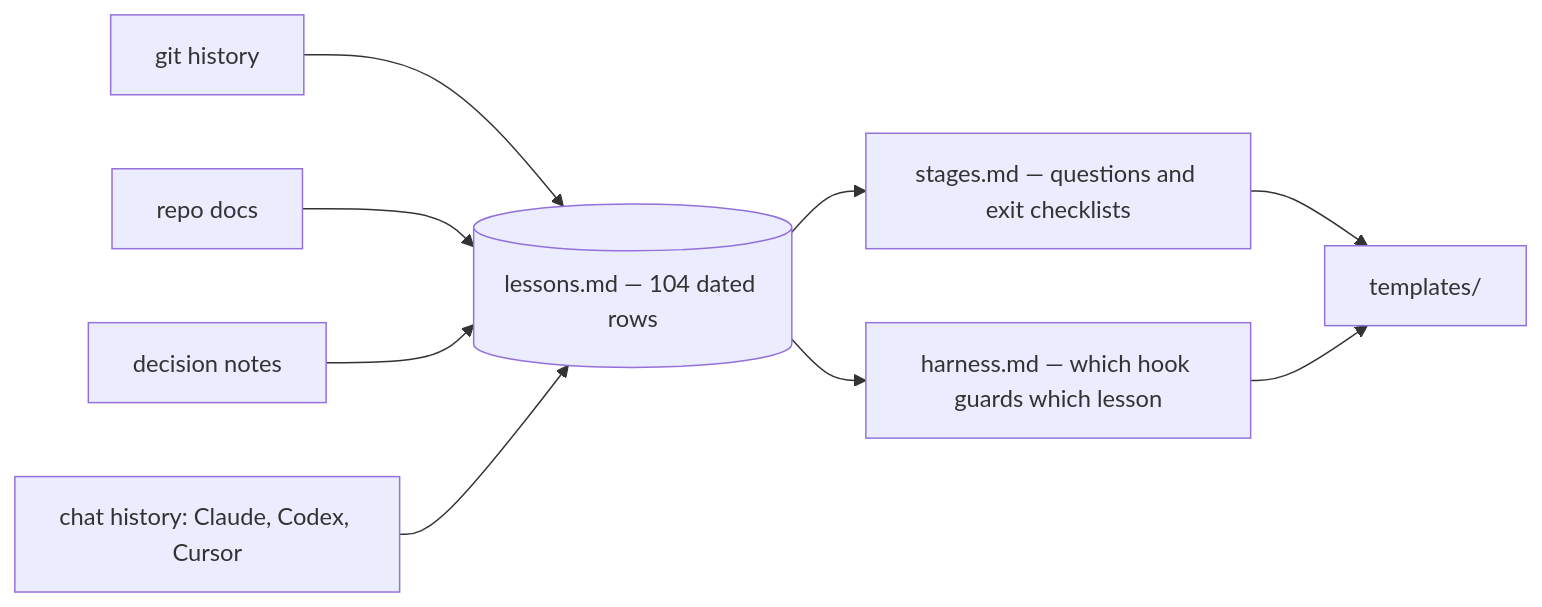
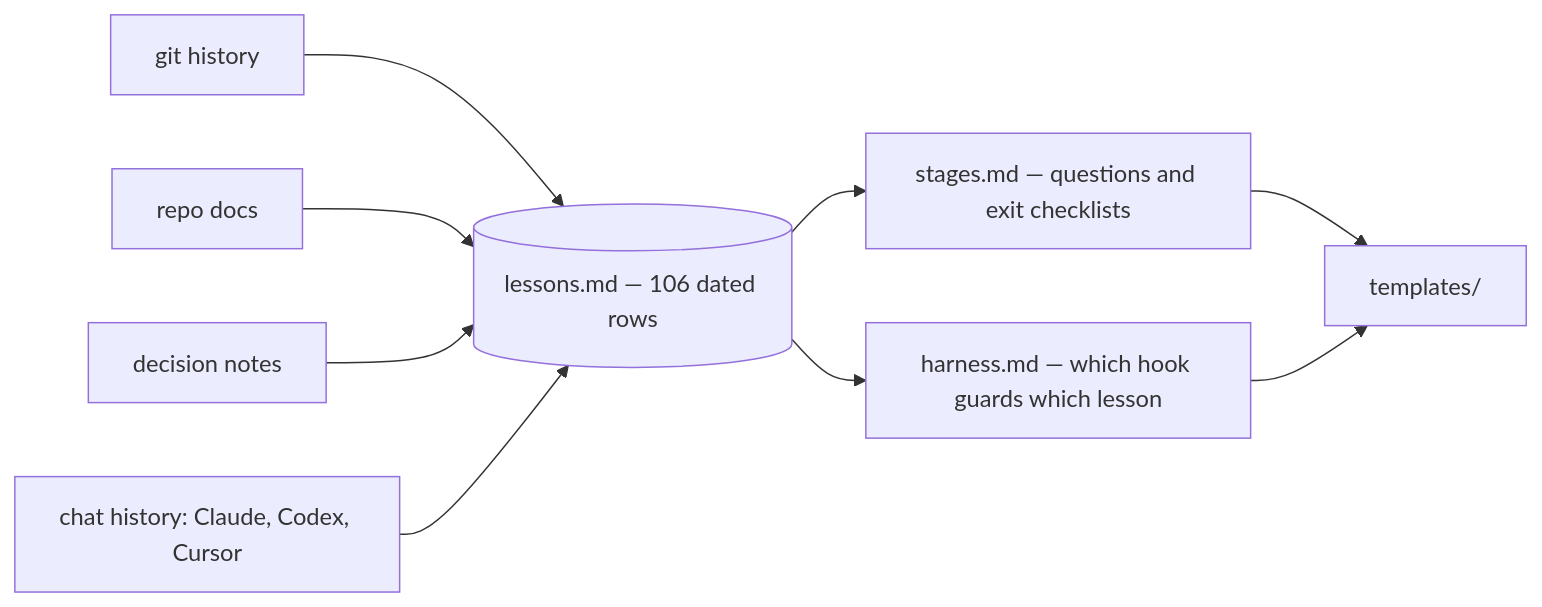
One commit to EranTzarum/project-kickoff changed the second of 2 diagrams in README.md. Above: the diagram before and after it, drawn with Mermaid. The commit also changed other lines of this file and 16 other files, not shown here.

````diff
--- a/README.md
+++ b/README.md
@@ -233,11 +234,11 @@
 ```mermaid
 flowchart LR
     G["git history"] --> L
     D["repo docs"] --> L
     V["decision notes"] --> L
     C["chat history: Claude, Codex, Cursor"] --> L
-    L[("lessons.md — 104 dated rows")] --> S["stages.md — questions and exit checklists"]
+    L[("lessons.md — 106 dated rows")] --> S["stages.md — questions and exit checklists"]
     L --> H["harness.md — which hook guards which lesson"]
     S --> T["templates/"]
     H --> T
 ```
````
